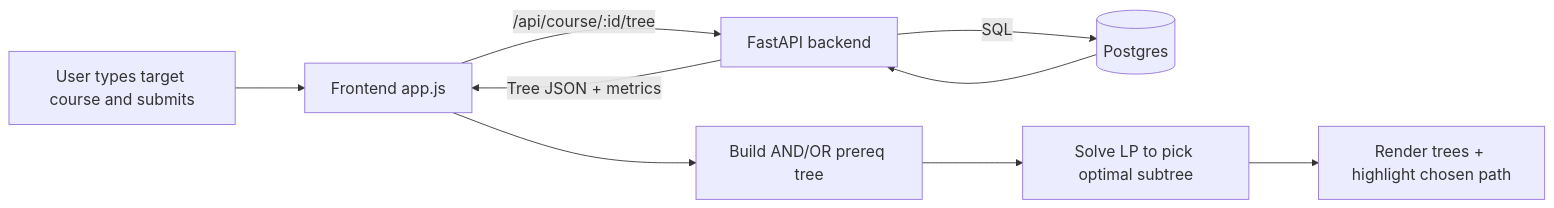
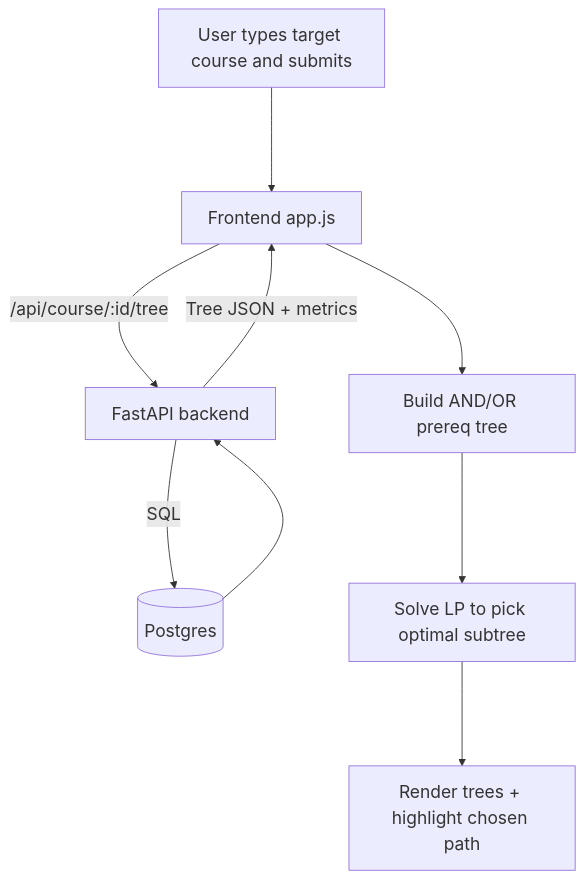
Before and after one commit to StevenShi998/UW_Course_SearchTree: the first of 2 diagrams in README.md, drawn with Mermaid. The commit also changed other lines of this file, not shown here.

Commit message:
Docs: enlarge flowchart (vertical TB layout, spacing) and switch math to $/44205 syntax

````diff
--- a/README.md
+++ b/README.md
@@ -7,12 +7,12 @@
 ```mermaid
-%%{init: {'flowchart': {'nodeSpacing': 60, 'rankSpacing': 80}, 'themeVariables': {'fontSize': '18px'}}}%%
-flowchart LR
+%%{init: {'flowchart': {'nodeSpacing': 80, 'rankSpacing': 120}, 'themeVariables': {'fontSize': '20px'}}}%%
+flowchart TB
   U[User types target course and submits] --> F[Frontend app.js]
   F -->|/api/course/:id/tree| A[FastAPI backend]
   A -->|SQL| DB[(Postgres)]
   DB --> A
   A -->|Tree JSON + metrics| F
   F --> T[Build AND/OR prereq tree]
   T --> LP[Solve LP to pick optimal subtree]
   LP --> R[Render trees + highlight chosen path]
 ```
````
